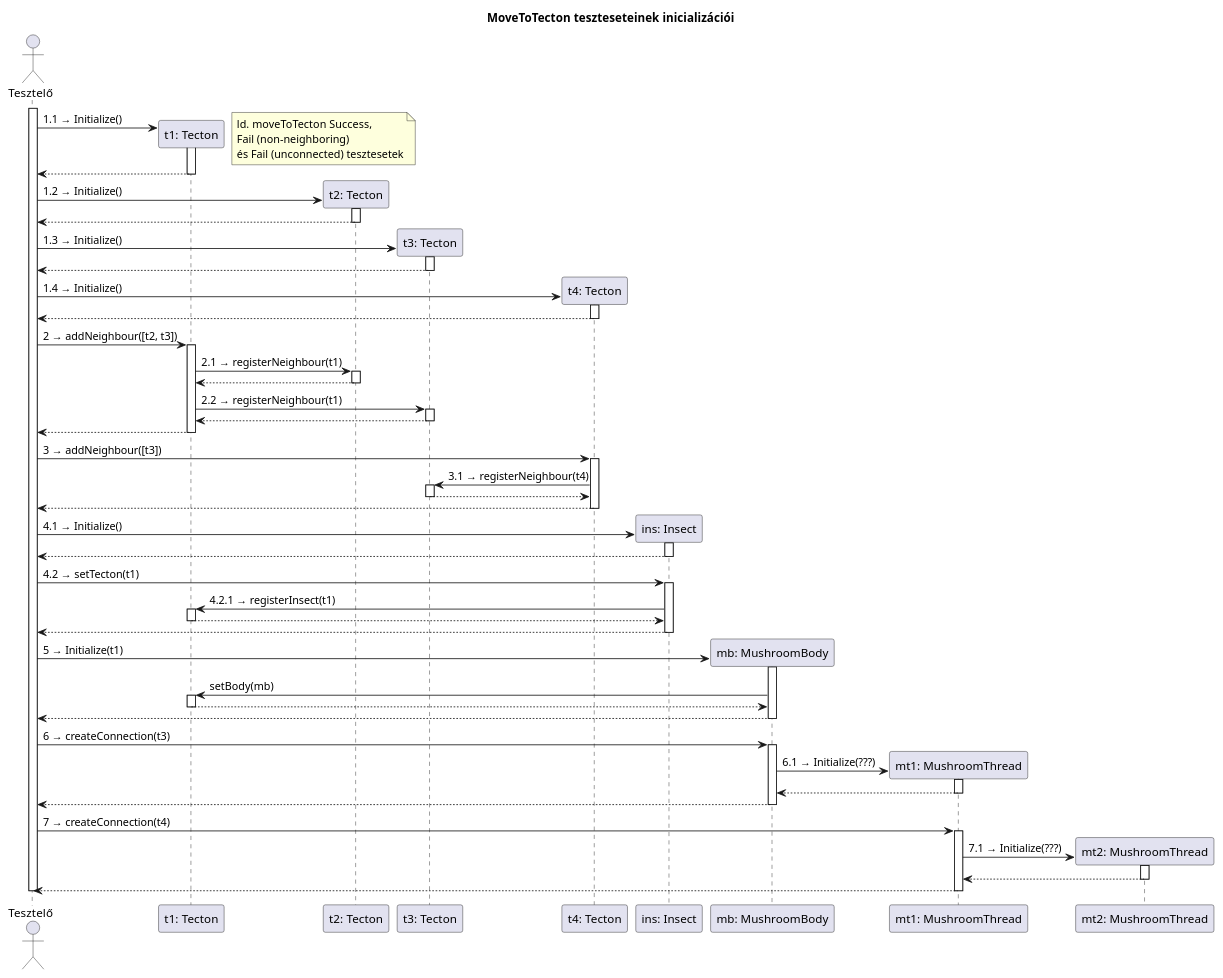
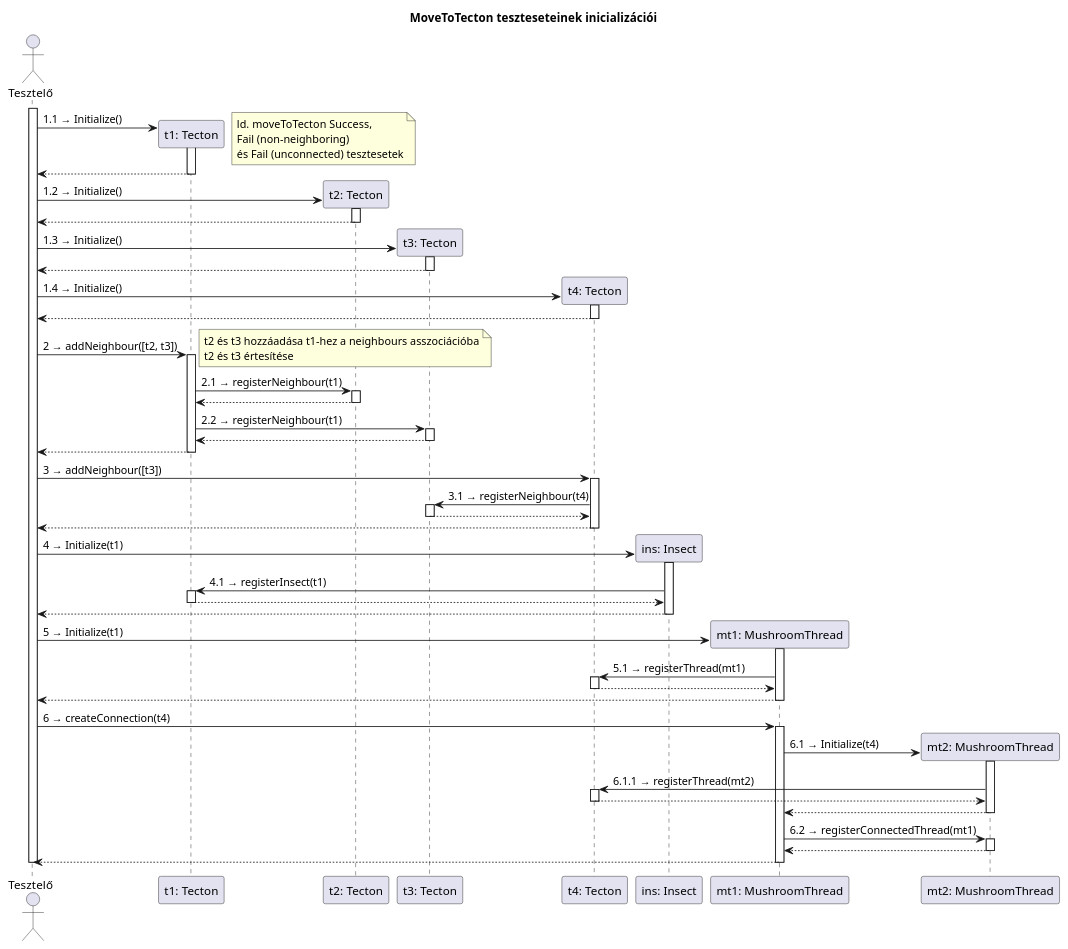
The diagram in diagrams/communication/moveToTecton1.plantuml (dzsem/projlab), drawn with PlantUML before and after one commit.

Commit message:
Update init diagram

```diff
--- a/diagrams/communication/moveToTecton1.plantuml
+++ b/diagrams/communication/moveToTecton1.plantuml
@@ -1,125 +1,121 @@
 @startuml moveToTectonInitFlow
 
 title MoveToTecton teszteseteinek inicializációi
 
 actor Tesztelő as tester
 
 activate tester
 
 create participant "t1: Tecton" as t1
 tester -> t1: 1.1 → Initialize()
 note right: ld. moveToTecton Success,\nFail (non-neighboring)\nés Fail (unconnected) tesztesetek
 activate t1
 
 tester <-- t1
 deactivate t1
 
 create participant "t2: Tecton" as t2
 tester -> t2: 1.2 → Initialize()
 activate t2
 
 tester <-- t2
 deactivate t2
 
 create participant "t3: Tecton" as t3
 tester -> t3: 1.3 → Initialize()
 activate t3
 
 tester <-- t3
 deactivate t3
 
 create participant "t4: Tecton" as t4
 tester -> t4: 1.4 → Initialize()
 activate t4
 
 tester <-- t4
 deactivate t4
 
 tester -> t1: 2 → addNeighbour([t2, t3])
+note right: t2 és t3 hozzáadása t1-hez a neighbours asszociációba\nt2 és t3 értesítése
 activate t1
 
 	t1 -> t2: 2.1 → registerNeighbour(t1)
 	activate t2
 
 	t1 <-- t2
 	deactivate t2
 
 	t1 -> t3: 2.2 → registerNeighbour(t1)
 	activate t3
 
 	t1 <-- t3
 	deactivate t3
 
 tester <-- t1
 deactivate t1
 
 
 tester -> t4: 3 → addNeighbour([t3])
 activate t4
 
 	t4 -> t3: 3.1 → registerNeighbour(t4)
 	activate t3
 
 	t4 <-- t3
 	deactivate t3
 
 tester <-- t4
 deactivate t4
 
 create participant "ins: Insect" as ins
-tester -> ins: 4.1 → Initialize()
+tester -> ins: 4 → Initialize(t1)
 activate ins
 
-tester <-- ins
-deactivate ins
-
-tester -> ins: 4.2 → setTecton(t1)
-activate ins
-
-	ins -> t1: 4.2.1 → registerInsect(t1)
+	ins -> t1: 4.1 → registerInsect(t1)
 	activate t1
 
 	ins <-- t1
 	deactivate t1
 
 tester <-- ins
 deactivate ins
 
-create participant "mb: MushroomBody" as mb
-tester -> mb: 5 → Initialize(t1)
-activate mb
+create participant "mt1: MushroomThread" as mt1
+tester -> mt1: 5 → Initialize(t1)
+activate mt1
 
-	mb -> t1: setBody(mb)
-	activate t1
+	mt1 -> t4: 5.1 → registerThread(mt1)
+	activate t4
 
-	mb <-- t1
-	deactivate t1
+	mt1 <-- t4
+	deactivate t4
 
-tester <-- mb
-deactivate mb
+tester <-- mt1
+deactivate mt1
 
-tester -> mb: 6 → createConnection(t3)
-activate mb
-	create participant "mt1: MushroomThread" as mt1
-	mb -> mt1: 6.1 → Initialize(???)
-	activate mt1
-
-	mb <-- mt1
-	deactivate mt1
-tester <-- mb
-deactivate mb
-
-tester -> mt1: 7 → createConnection(t4)
+tester -> mt1: 6 → createConnection(t4)
 activate mt1
 	create participant "mt2: MushroomThread" as mt2
-	mt1 -> mt2: 7.1 → Initialize(???)
+	mt1 -> mt2: 6.1 → Initialize(t4)
+	activate mt2
+
+		mt2 -> t4: 6.1.1 → registerThread(mt2)
+		activate t4
+
+		mt2 <-- t4
+		deactivate t4
+
+	mt1 <-- mt2
+	deactivate mt2
+
+	mt1 -> mt2: 6.2 → registerConnectedThread(mt1)
 	activate mt2
 
 	mt1 <-- mt2
 	deactivate mt2
 tester <-- mt1
 deactivate mt1
 
 deactivate tester
 
 @enduml
```
